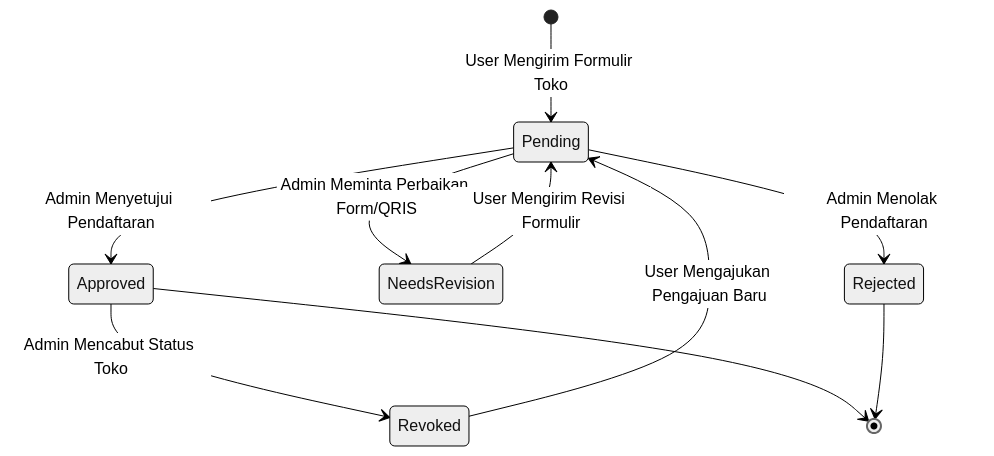
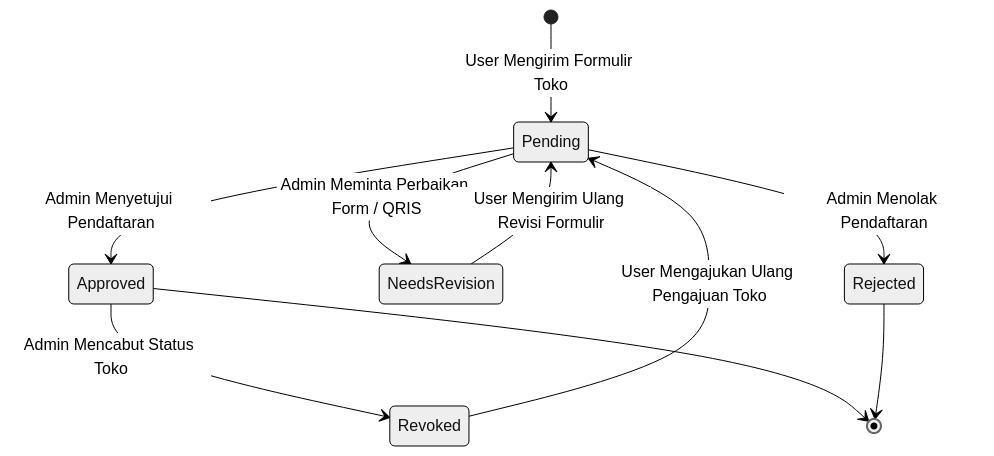
The sixth of 6 diagrams in FLOWCHART_USERS _ESKAMART.md (Z-Forz/Eskasaba_Marketplace), drawn with Mermaid (neutral theme) before and after one commit. The commit also changed other lines of this file and 22 other files, not shown here.

````diff
--- a/FLOWCHART_USERS _ESKAMART.md
+++ b/FLOWCHART_USERS _ESKAMART.md
@@ -194,15 +242,15 @@
 ```mermaid
 stateDiagram-v2
     [*] --> Pending : User Mengirim Formulir Toko
     Pending --> Approved : Admin Menyetujui Pendaftaran
-    Pending --> NeedsRevision : Admin Meminta Perbaikan Form/QRIS
+    Pending --> NeedsRevision : Admin Meminta Perbaikan Form / QRIS
     Pending --> Rejected : Admin Menolak Pendaftaran
     
-    NeedsRevision --> Pending : User Mengirim Revisi Formulir
+    NeedsRevision --> Pending : User Mengirim Ulang Revisi Formulir
     
     Approved --> Revoked : Admin Mencabut Status Toko
-    Revoked --> Pending : User Mengajukan Pengajuan Baru
+    Revoked --> Pending : User Mengajukan Ulang Pengajuan Toko
     
     Approved --> [*]
     Rejected --> [*]
 ```
````
